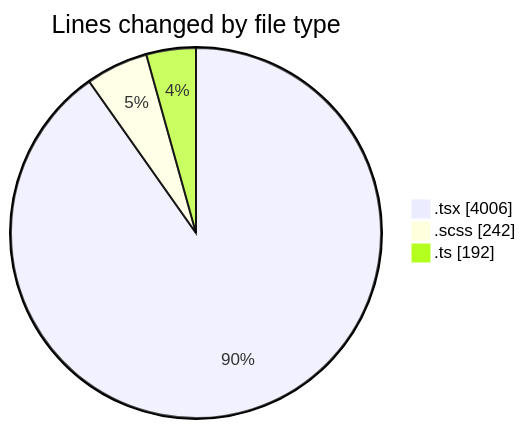
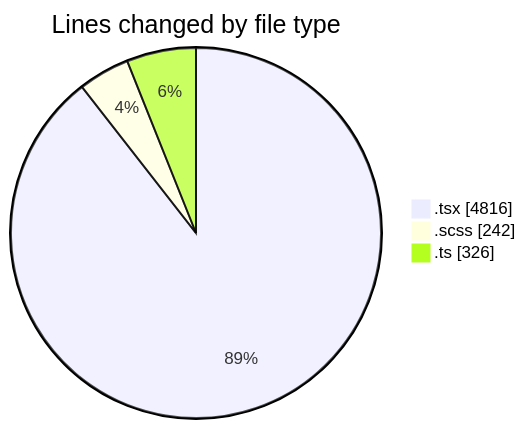
One commit to momahboobian/code-tracking changed the first of 2 diagrams in 2025-07-03/cda/README.md. Above: the diagram before and after it, drawn with Mermaid. The commit also changed other lines of this file and 1 other file, not shown here.

````diff
--- a/2025-07-03/cda/README.md
+++ b/2025-07-03/cda/README.md
@@ -37,7 +38,7 @@
 ```mermaid
 pie showData
 title Lines changed by file type
-".tsx" : 4006
+".tsx" : 4816
 ".scss" : 242
-".ts" : 192
+".ts" : 326
 ```
````
